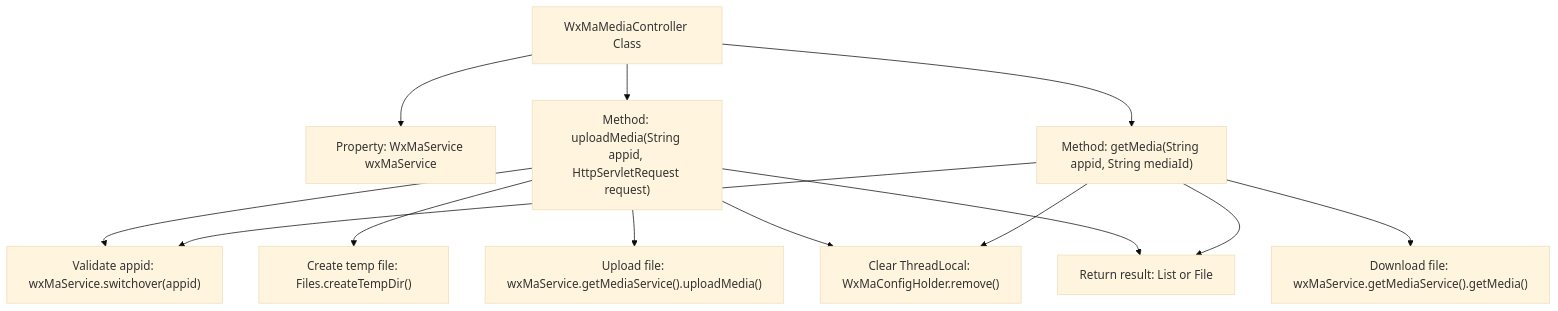
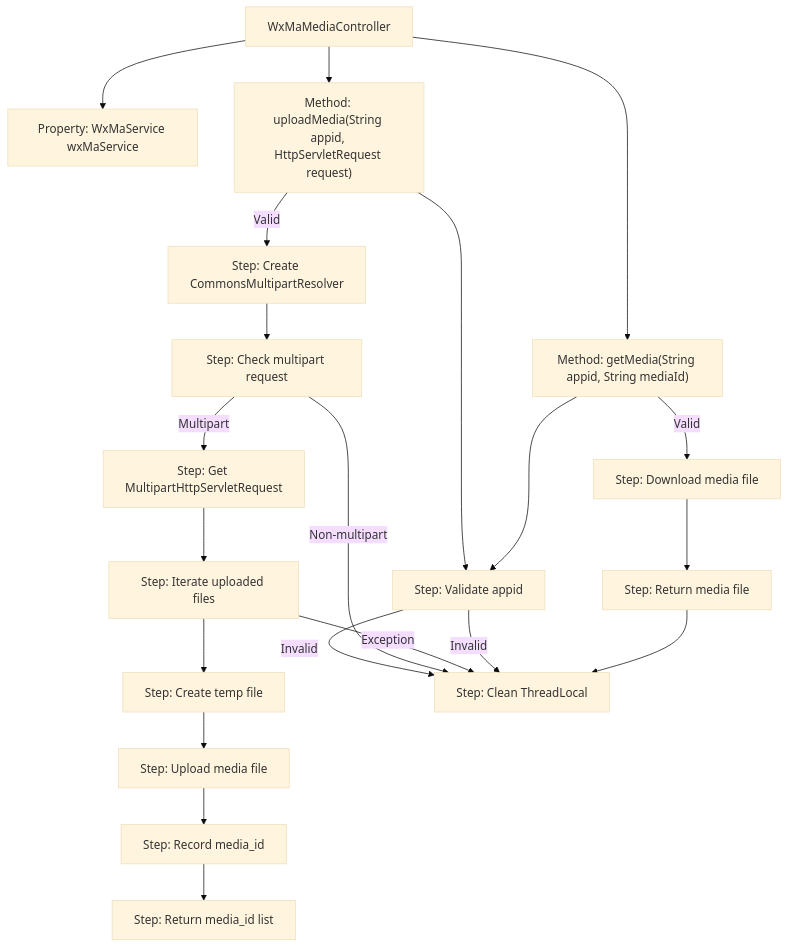
The second of 2 diagrams in docs/en/docs/src/main/java/com/github/binarywang/demo/wx/miniapp/controller/WxMaMediaController.md (v-wjrong/rongwj666_weixin-java-miniapp-demo), drawn with Mermaid (base theme) before and after one commit. The commit also changed other lines of this file and 42 other files, not shown here.

````diff
--- a/docs/en/docs/src/main/java/com/github/binarywang/demo/wx/miniapp/controller/WxMaMediaController.md
+++ b/docs/en/docs/src/main/java/com/github/binarywang/demo/wx/miniapp/controller/WxMaMediaController.md
@@ -81,26 +82,29 @@
 ```mermaid
 graph TD
-    A["WxMaMediaController Class"]
+    A["WxMaMediaController"]
     B["Property: WxMaService wxMaService"]
     C["Method: uploadMedia(String appid, HttpServletRequest request)"]
     D["Method: getMedia(String appid, String mediaId)"]
-    E["Validate appid: wxMaService.switchover(appid)"]
-    F["Create temp file: Files.createTempDir()"]
-    G["Upload file: wxMaService.getMediaService().uploadMedia()"]
-    H["Download file: wxMaService.getMediaService().getMedia()"]
-    I["Clear ThreadLocal: WxMaConfigHolder.remove()"]
-    J["Return result: List<String> or File"]
+    E["Step: Validate appid"]
+    F["Step: Create CommonsMultipartResolver"]
+    G["Step: Check multipart request"]
+    H["Step: Get MultipartHttpServletRequest"]
+    I["Step: Iterate uploaded files"]
+    J["Step: Create temp file"]
+    K["Step: Upload media file"]
+    L["Step: Record media_id"]
+    M["Step: Clean ThreadLocal"]
+    N["Step: Return media_id list"]
+    O["Step: Download media file"]
+    P["Step: Return media file"]
 
     A --> B
     A --> C
     A --> D
-    C --> E
-    C --> F
-    C --> G
-    C --> I
-    C --> J
-    D --> E
-    D --> H
-    D --> I
-    D --> J
+    C --> E -->|Invalid| M
+    C -->|Valid| F --> G -->|Non-multipart| M
+    G -->|Multipart| H --> I --> J --> K --> L --> N
+    I -->|Exception| M
+    D --> E -->|Invalid| M
+    D -->|Valid| O --> P --> M
 ```
````
